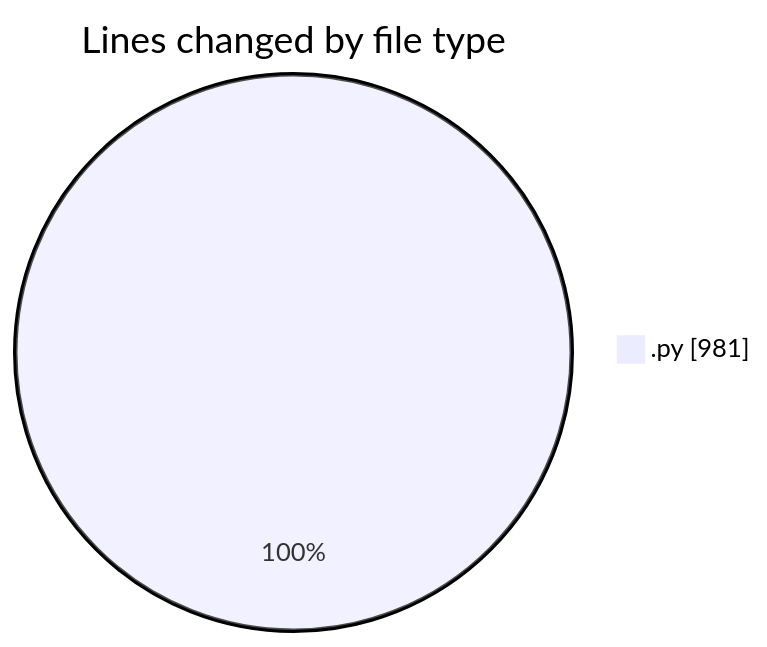
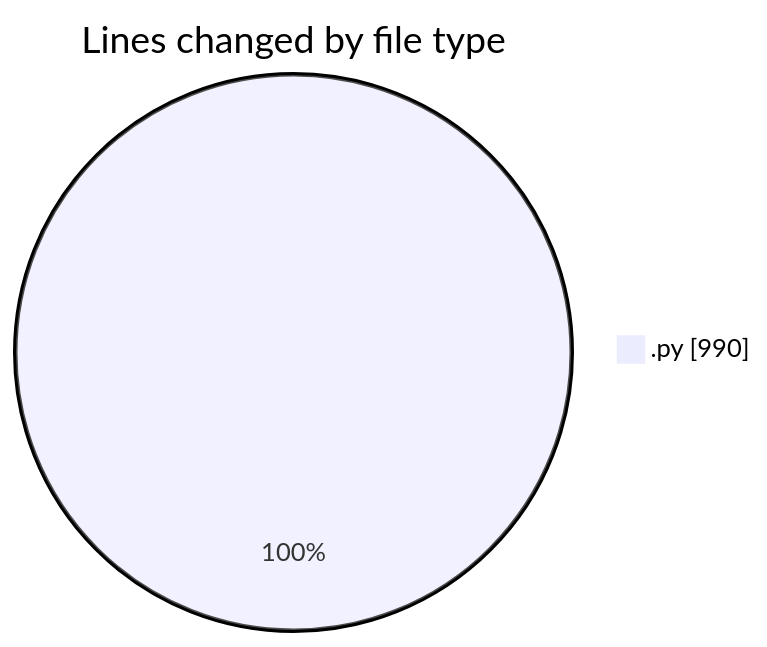
One commit to MatusMokan/code-tracking changed the first of 2 diagrams in 2025-03-18/myws__workspace_/README.md. Above: the diagram before and after it, drawn with Mermaid. The commit also changed other lines of this file and 1 other file, not shown here.

````diff
--- a/2025-03-18/myws__workspace_/README.md
+++ b/2025-03-18/myws__workspace_/README.md
@@ -22,5 +22,5 @@
 ```mermaid
 pie showData
 title Lines changed by file type
-".py" : 981
+".py" : 990
 ```
````
